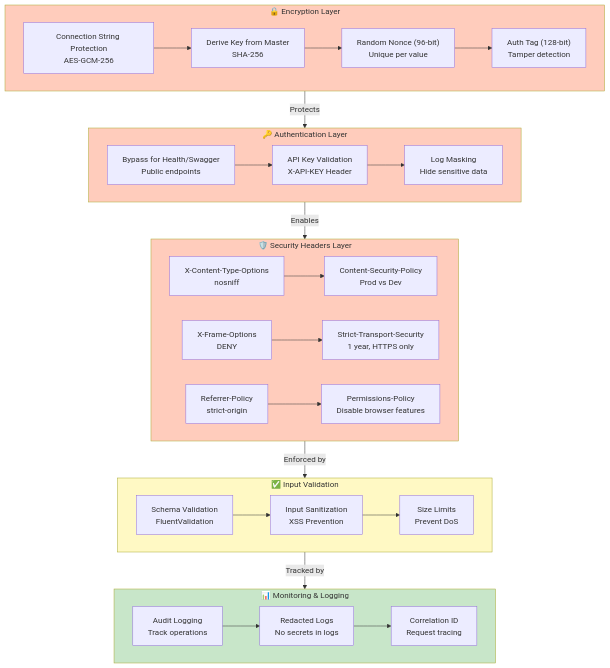
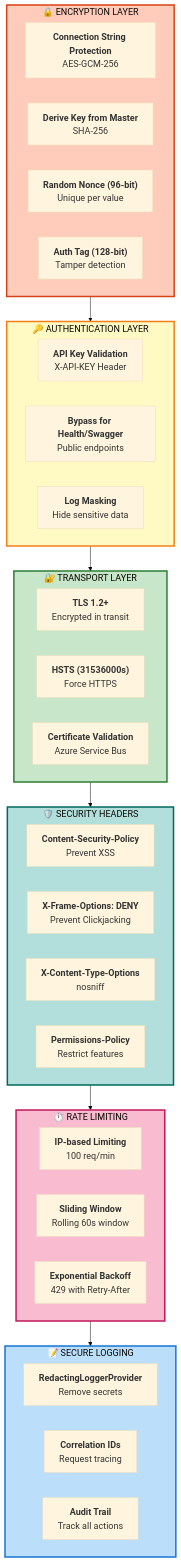
Before and after one commit to debdevops/servicehub: the sixth of 12 diagrams in services/api/ARCHITECTURE.md, drawn with Mermaid. The commit also changed other lines of this file, not shown here.

````diff
--- a/services/api/ARCHITECTURE.md
+++ b/services/api/ARCHITECTURE.md
@@ -328,60 +328,54 @@
 ```mermaid
+%%{init: {'theme':'base', 'themeVariables': { 'fontSize':'18px'}}}%%
 graph TB
-    subgraph Encryption["🔒 Encryption Layer"]
-        CONNSTR["Connection String Protection<br/>AES-GCM-256"]
-        PRIVKEY["Derive Key from Master<br/>SHA-256"]
-        NONCE["Random Nonce (96-bit)<br/>Unique per value"]
-        TAG["Auth Tag (128-bit)<br/>Tamper detection"]
+    subgraph Encryption["🔒 ENCRYPTION LAYER"]
+        CONNSTR["<b>Connection String Protection</b><br/>AES-GCM-256"]
+        PRIVKEY["<b>Derive Key from Master</b><br/>SHA-256"]
+        NONCE["<b>Random Nonce (96-bit)</b><br/>Unique per value"]
+        TAG["<b>Auth Tag (128-bit)</b><br/>Tamper detection"]
     end
 
-    subgraph Authentication["🔑 Authentication Layer"]
-        APIKEY["API Key Validation<br/>X-API-KEY Header"]
-        BYPASS["Bypass for Health/Swagger<br/>Public endpoints"]
-        LOG_MASKING["Log Masking<br/>Hide sensitive data"]
+    subgraph Authentication["🔑 AUTHENTICATION LAYER"]
+        APIKEY["<b>API Key Validation</b><br/>X-API-KEY Header"]
+        BYPASS["<b>Bypass for Health/Swagger</b><br/>Public endpoints"]
+        LOG_MASKING["<b>Log Masking</b><br/>Hide sensitive data"]
     end
 
-    subgraph Headers["🛡️ Security Headers Layer"]
-        XCT["X-Content-Type-Options<br/>nosniff"]
-        XFO["X-Frame-Options<br/>DENY"]
-        CSP["Content-Security-Policy<br/>Prod vs Dev"]
-        HSTS["Strict-Transport-Security<br/>1 year, HTTPS only"]
-        REF["Referrer-Policy<br/>strict-origin"]
-        PERM["Permissions-Policy<br/>Disable browser features"]
+    subgraph Transport["🔐 TRANSPORT LAYER"]
+        TLS["<b>TLS 1.2+</b><br/>Encrypted in transit"]
+        HSTS["<b>HSTS (31536000s)</b><br/>Force HTTPS"]
+        CERT["<b>Certificate Validation</b><br/>Azure Service Bus"]
     end
 
-    subgraph Input_Validation["✅ Input Validation"]
-        SCHEMA["Schema Validation<br/>FluentValidation"]
-        SANITIZE["Input Sanitization<br/>XSS Prevention"]
-        SIZE_LIMIT["Size Limits<br/>Prevent DoS"]
+    subgraph Headers["🛡️ SECURITY HEADERS"]
+        CSP["<b>Content-Security-Policy</b><br/>Prevent XSS"]
+        FRAME["<b>X-Frame-Options: DENY</b><br/>Prevent Clickjacking"]
+        XCT["<b>X-Content-Type-Options</b><br/>nosniff"]
+        PERM["<b>Permissions-Policy</b><br/>Restrict features"]
     end
 
-    subgraph Monitoring["📊 Monitoring & Logging"]
-        AUDIT["Audit Logging<br/>Track operations"]
-        REDACT["Redacted Logs<br/>No secrets in logs"]
-        CORRELATION["Correlation ID<br/>Request tracing"]
+    subgraph RateLimit["⏱️ RATE LIMITING"]
+        IP_LIMIT["<b>IP-based Limiting</b><br/>100 req/min"]
+        SLIDING["<b>Sliding Window</b><br/>Rolling 60s window"]
+        BACKOFF["<b>Exponential Backoff</b><br/>429 with Retry-After"]
     end
 
-    CONNSTR --> PRIVKEY
-    PRIVKEY --> NONCE
-    NONCE --> TAG
-    APIKEY --> LOG_MASKING
-    BYPASS --> APIKEY
-    XCT --> CSP
-    XFO --> HSTS
-    REF --> PERM
-    SCHEMA --> SANITIZE
-    SANITIZE --> SIZE_LIMIT
-    AUDIT --> REDACT
-    REDACT --> CORRELATION
+    subgraph Logging["📝 SECURE LOGGING"]
+        REDACT["<b>RedactingLoggerProvider</b><br/>Remove secrets"]
+        CORRELA["<b>Correlation IDs</b><br/>Request tracing"]
+        AUDIT["<b>Audit Trail</b><br/>Track all actions"]
+    end
 
-    Encryption -->|"Protects"| Authentication
-    Authentication -->|"Enables"| Headers
-    Headers -->|"Enforced by"| Input_Validation
-    Input_Validation -->|"Tracked by"| Monitoring
+    Encryption --> Authentication
+    Authentication --> Transport
+    Transport --> Headers
+    Headers --> RateLimit
+    RateLimit --> Logging
 
-    style Encryption fill:#ffccbc
-    style Authentication fill:#ffccbc
-    style Headers fill:#ffccbc
-    style Input_Validation fill:#fff9c4
-    style Monitoring fill:#c8e6c9
+    style Encryption fill:#ffccbc,stroke:#d84315,stroke-width:3px
+    style Authentication fill:#fff9c4,stroke:#f57f17,stroke-width:3px
+    style Transport fill:#c8e6c9,stroke:#2e7d32,stroke-width:3px
+    style Headers fill:#b2dfdb,stroke:#00695c,stroke-width:3px
+    style RateLimit fill:#f8bbd0,stroke:#c2185b,stroke-width:3px
+    style Logging fill:#bbdefb,stroke:#1976d2,stroke-width:3px
 ```
````
